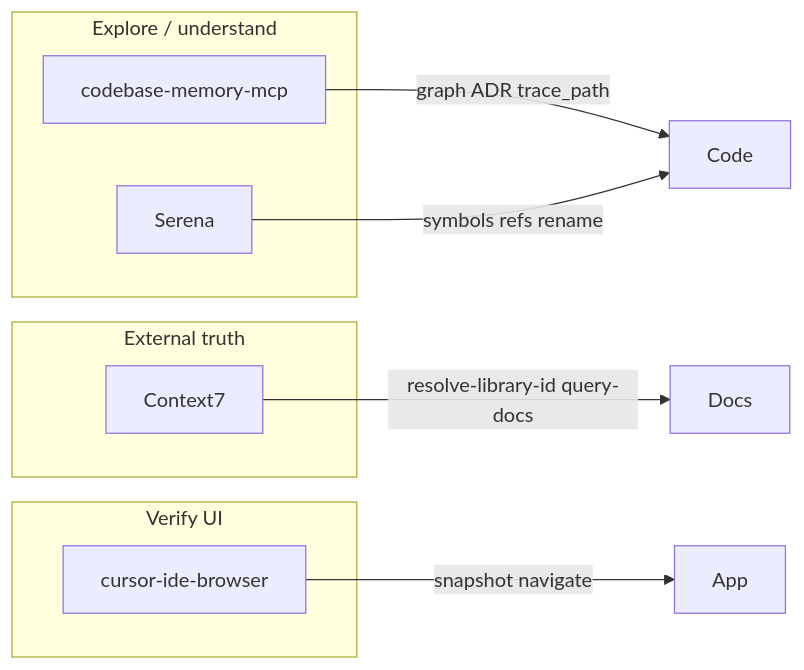
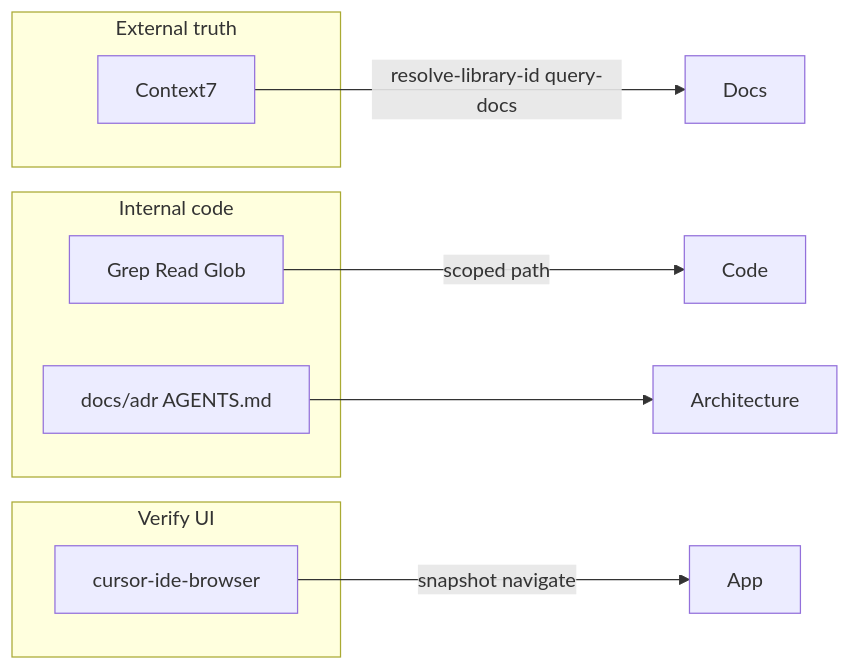
Before and after one commit to butbeautifulv/cxado: the diagram in docs/agents/cursor-mcp-tooling.md, drawn with Mermaid. The commit also changed other lines of this file and 7 other files, not shown here.

First line of the commit message:
chore(cxado): drop codebase-memory-mcp from agent docs

````diff
--- a/docs/agents/cursor-mcp-tooling.md
+++ b/docs/agents/cursor-mcp-tooling.md
@@ -17,20 +15,20 @@
 ```mermaid
 flowchart LR
-  subgraph explore [Explore / understand]
-    MEM[codebase-memory-mcp]
-    SER[Serena]
+  subgraph external [External truth]
+    CTX[Context7]
   end
 
-  subgraph external [External truth]
-    CTX[Context7]
+  subgraph internal [Internal code]
+    GR[Grep Read Glob]
+    DOC[docs/adr AGENTS.md]
   end
 
   subgraph verify [Verify UI]
     BR[cursor-ide-browser]
   end
 
-  MEM -->|graph ADR trace_path| Code
-  SER -->|symbols refs rename| Code
   CTX -->|resolve-library-id query-docs| Docs
+  GR -->|scoped path| Code
+  DOC --> Architecture
   BR -->|snapshot navigate| App
 ```
````
